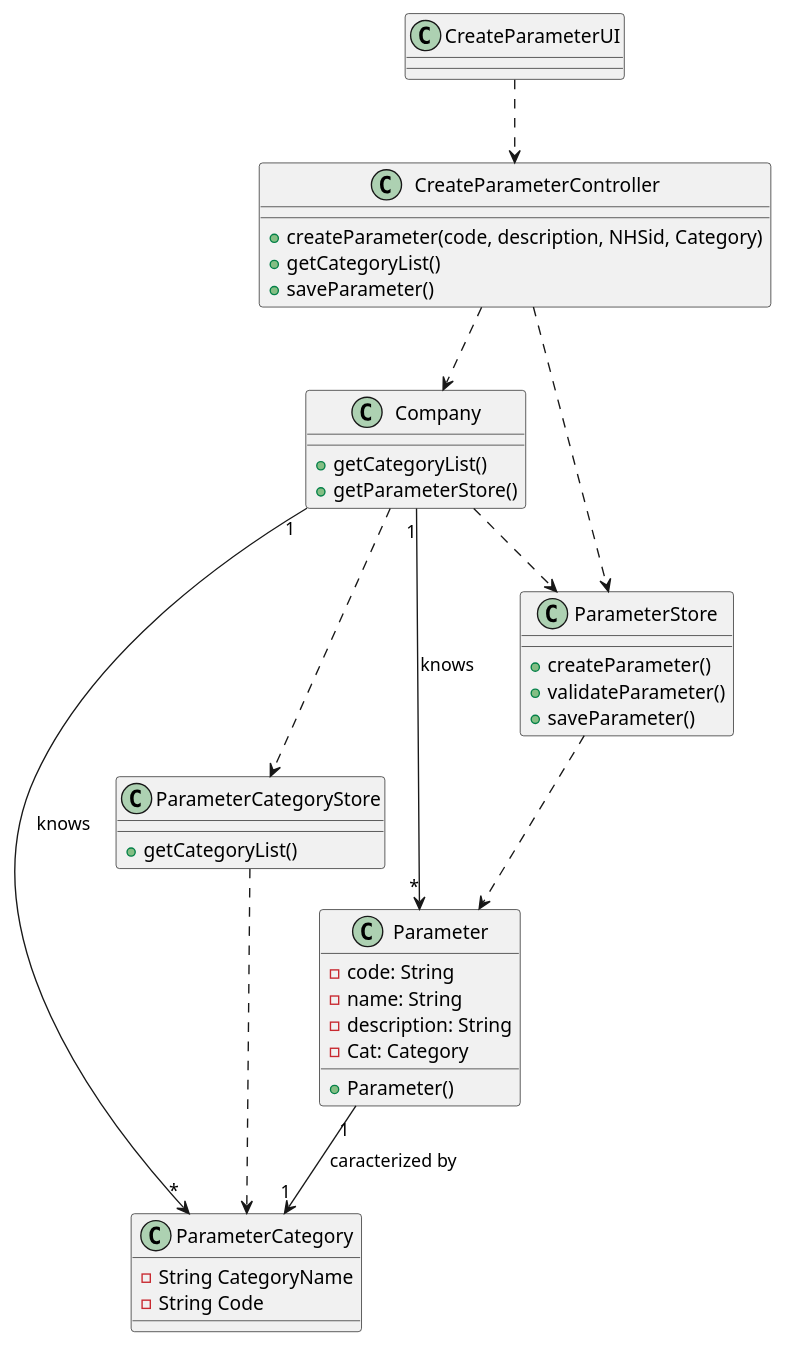
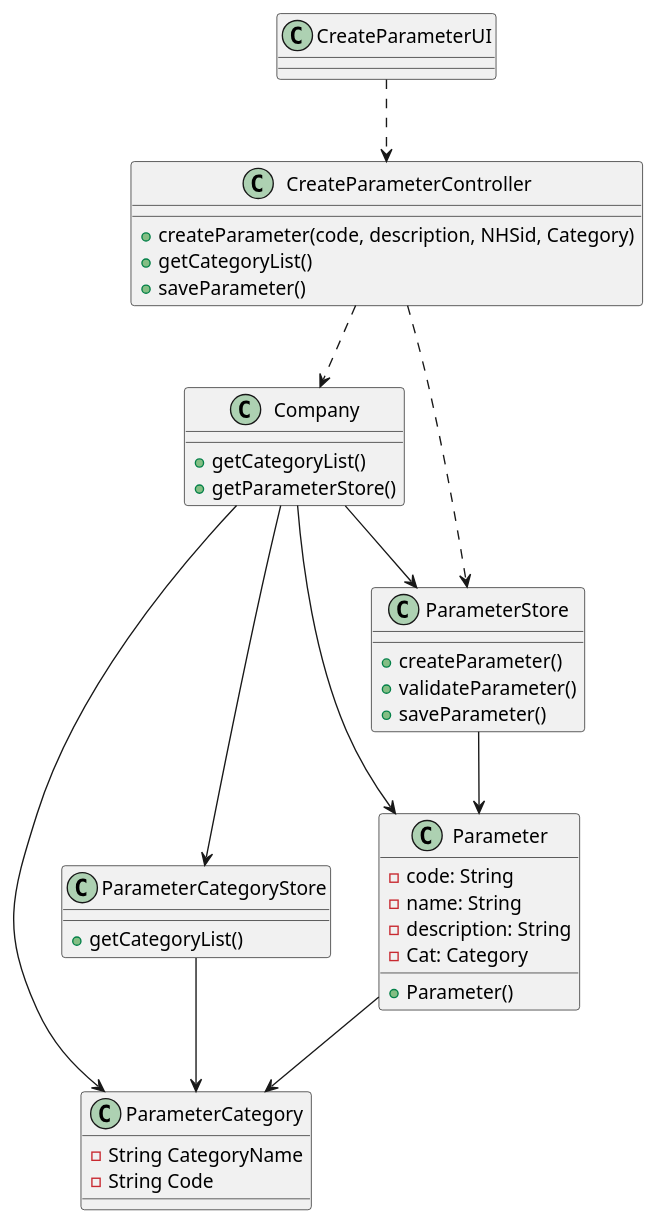
Before and after one commit to MarianaCLages/LAPR2: the diagram in docs/SprintB/US10/US10_CD.puml, drawn with PlantUML.

```diff
--- a/docs/SprintB/US10/US10_CD.puml
+++ b/docs/SprintB/US10/US10_CD.puml
@@ -1,55 +1,55 @@
 @startuml
 
 class ParameterCategory {
   -String CategoryName
   -String Code
 }
 
 class Company{
 +getCategoryList()
 +getParameterStore()
 }
 
 class CreateParameterController {
 +createParameter(code, description, NHSid, Category)
 +getCategoryList()
 +saveParameter()
 }
 
 class CreateParameterUI{
 }
 
 class ParameterCategoryStore{
 +getCategoryList()
 }
 
 class ParameterStore{
 +createParameter()
 +validateParameter()
 +saveParameter()
 }
 
 class Parameter{
 -code: String
 -name: String
 -description: String
 -Cat: Category
 +Parameter()
 }
 
 CreateParameterUI ..> CreateParameterController
 
 CreateParameterController ..> Company
 CreateParameterController ..> ParameterStore
 
-Company ..> ParameterCategoryStore
-Company ..> ParameterStore
+Company --> ParameterCategoryStore
+Company --> ParameterStore
 
-ParameterStore ..> Parameter
+ParameterStore --> Parameter
 
-ParameterCategoryStore ..> ParameterCategory
+ParameterCategoryStore --> ParameterCategory
 
-Company"1" --> "*"Parameter: knows
-Company"1" --> "*"ParameterCategory: knows
-Parameter "1" --> "1" ParameterCategory: caracterized by
+Company --> Parameter
+Company --> ParameterCategory
+Parameter  -->  ParameterCategory
 @enduml
```
